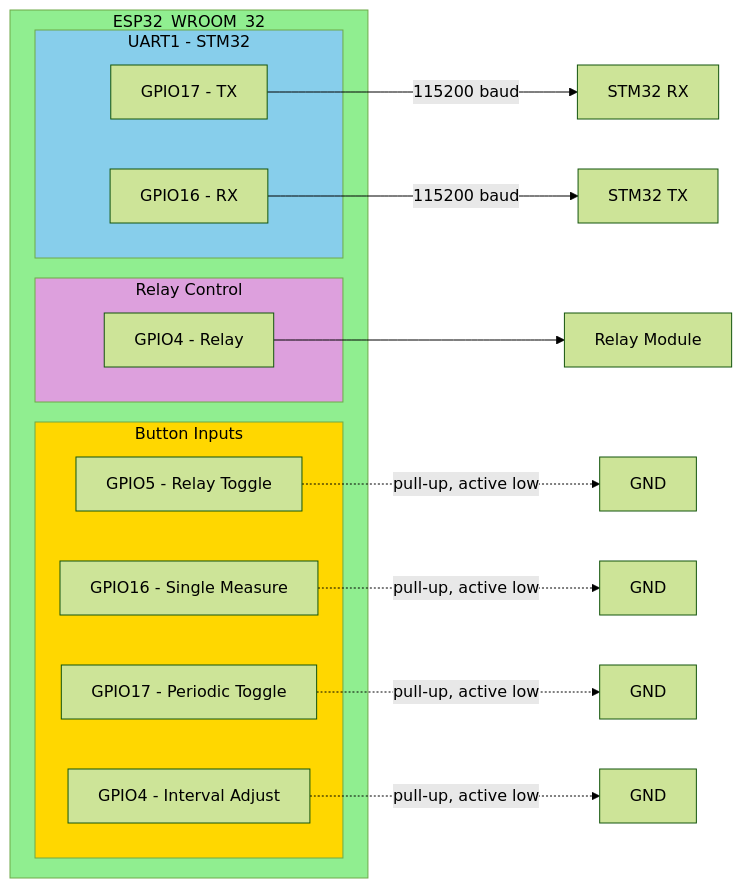
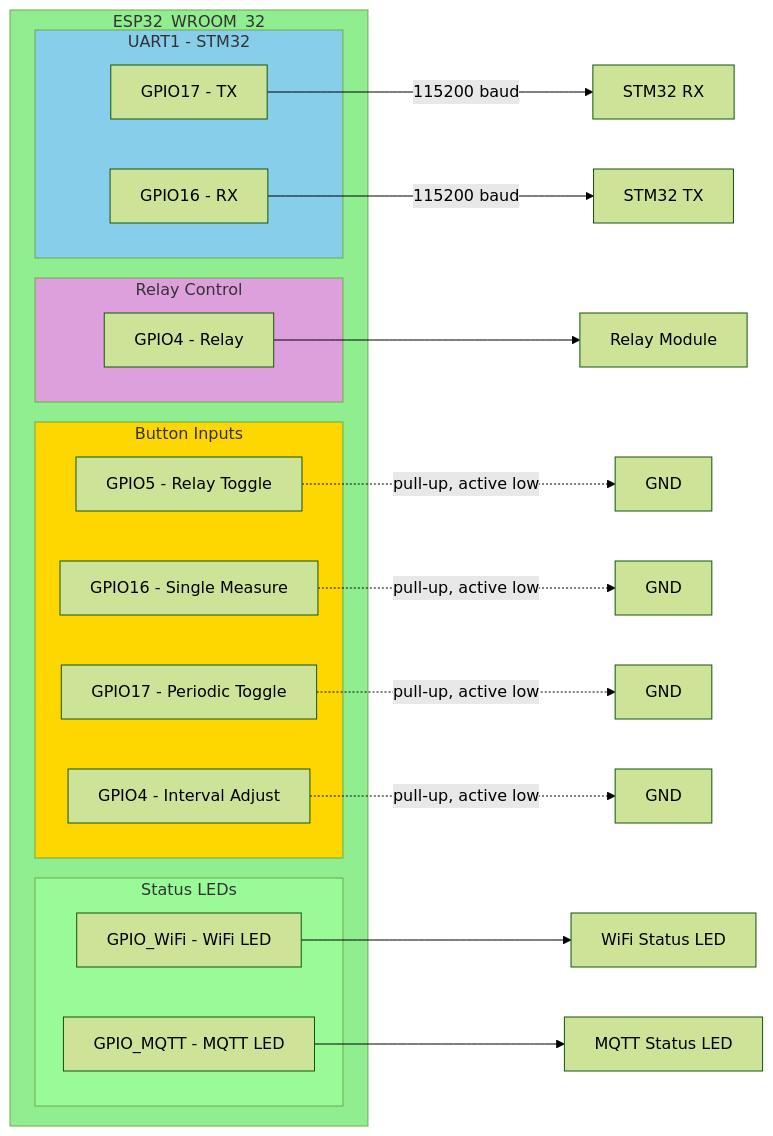
One commit to meeTeam05/datalogger changed the sixth of 9 diagrams in documents/esp32/UML_CLASS_DIAGRAM_ESP32.md. Above: the diagram before and after it, drawn with Mermaid (forest theme). The commit also changed other lines of this file, not shown here.

Commit message:
fix(docs): update UML class diagrams for clarity and consistency in UML_CLASS_DIAGRAM_ESP32.md

````diff
--- a/documents/esp32/UML_CLASS_DIAGRAM_ESP32.md
+++ b/documents/esp32/UML_CLASS_DIAGRAM_ESP32.md
@@ -425,35 +411,44 @@
 ```mermaid
 graph LR
     subgraph ESP32_WROOM_32
-        subgraph UART1[UART1 - STM32]
+        subgraph UART1["UART1 - STM32"]
             TX[GPIO17 - TX]
             RX[GPIO16 - RX]
         end
 
-        subgraph Relay_GPIO[Relay Control]
+        subgraph Relay_GPIO["Relay Control"]
             R[GPIO4 - Relay]
         end
 
-        subgraph Button_GPIO[Button Inputs]
+        subgraph Button_GPIO["Button Inputs"]
             B1[GPIO5 - Relay Toggle]
             B2[GPIO16 - Single Measure]
             B3[GPIO17 - Periodic Toggle]
             B4[GPIO4 - Interval Adjust]
+        end
+
+        subgraph LED_GPIO["Status LEDs"]
+            L1[GPIO_WiFi - WiFi LED]
+            L2[GPIO_MQTT - MQTT LED]
         end
     end
 
     TX -->|115200 baud| STM32_RX[STM32 RX]
     RX -->|115200 baud| STM32_TX[STM32 TX]
 
     R --> RelayModule[Relay Module]
 
     B1 -.->|pull-up, active low| GND1[GND]
     B2 -.->|pull-up, active low| GND2[GND]
     B3 -.->|pull-up, active low| GND3[GND]
     B4 -.->|pull-up, active low| GND4[GND]
 
-    style ESP32_WROOM_32 fill:#90EE90, color:#000000
-    style UART1 fill:#87CEEB, color:#000000
-    style Relay_GPIO fill:#DDA0DD, color:#000000
-    style Button_GPIO fill:#FFD700, color:#000000
+    L1 --> WiFi_LED[WiFi Status LED]
+    L2 --> MQTT_LED[MQTT Status LED]
+
+    style ESP32_WROOM_32 fill:#90EE90
+    style UART1 fill:#87CEEB
+    style Relay_GPIO fill:#DDA0DD
+    style Button_GPIO fill:#FFD700
+    style LED_GPIO fill:#98FB98
 ```
````
